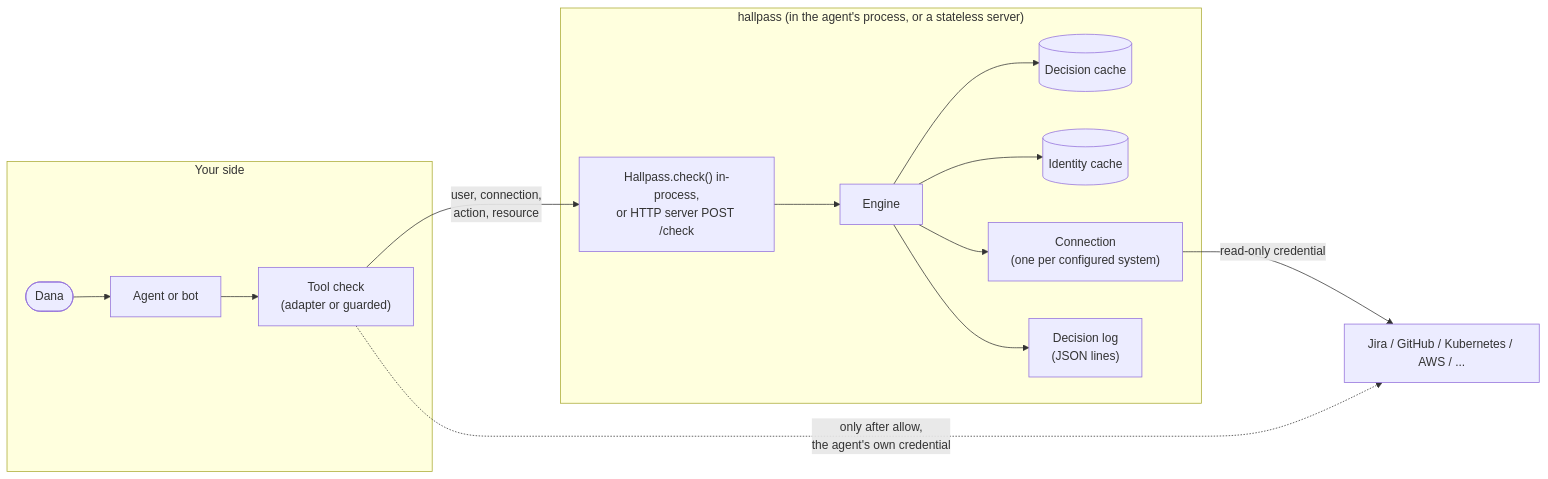
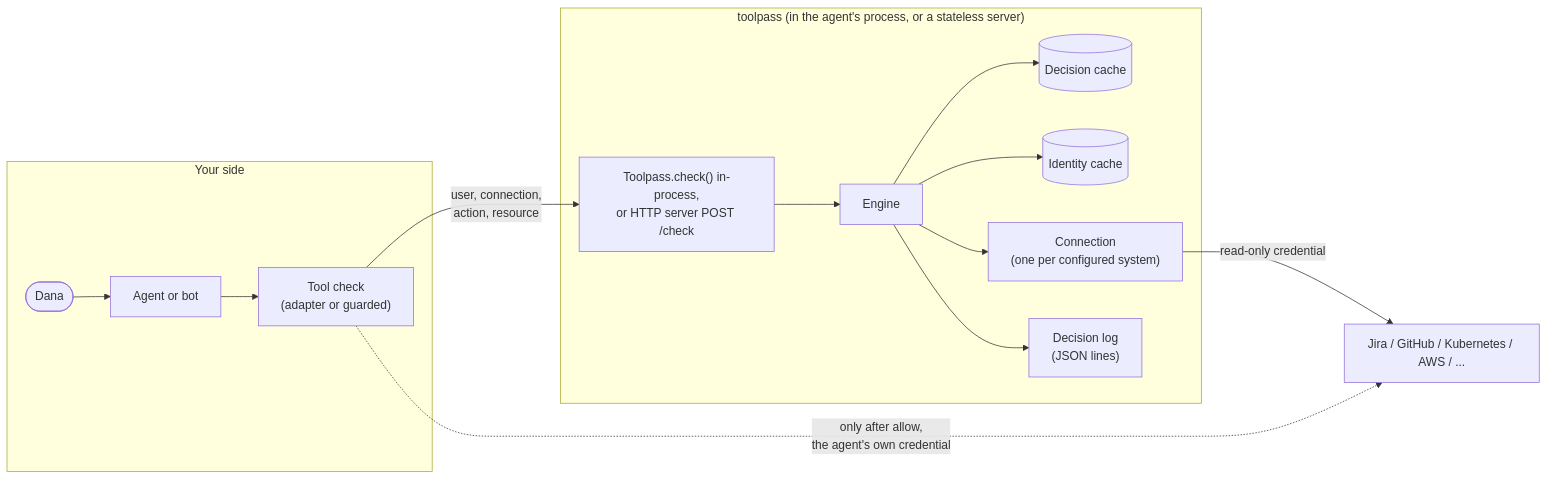
The first of 2 diagrams in docs/concepts/architecture.md (roee-hersh/hallpass), drawn with Mermaid before and after one commit. The commit also changed other lines of this file and 758 other files, not shown here.

First line of the commit message:
Rebrand as toolpass: secure-by-default agent tools, with permission checks built in (#64)

````diff
--- a/docs/concepts/architecture.md
+++ b/docs/concepts/architecture.md
@@ -8,17 +8,17 @@
 ```mermaid
 flowchart LR
     subgraph app["Your side"]
         U([Dana]) --> A["Agent or bot"]
         A --> T["Tool check<br/>(adapter or guarded)"]
     end
-    subgraph hp["hallpass (in the agent's process, or a stateless server)"]
-        S["Hallpass.check() in-process,<br/>or HTTP server POST /check"] --> E["Engine"]
+    subgraph tp["toolpass (in the agent's process, or a stateless server)"]
+        S["Toolpass.check() in-process,<br/>or HTTP server POST /check"] --> E["Engine"]
         E --> C1[("Decision cache")]
         E --> C2[("Identity cache")]
         E --> I["Connection<br/>(one per configured system)"]
         E --> L["Decision log<br/>(JSON lines)"]
     end
     T -- "user, connection,<br/>action, resource" --> S
     I -- "read-only credential" --> X["Jira / GitHub / Kubernetes / AWS / ..."]
     T -. "only after allow,<br/>the agent's own credential" .-> X
 ```
````
